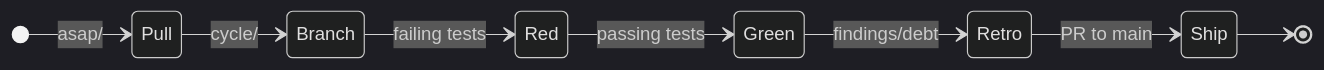
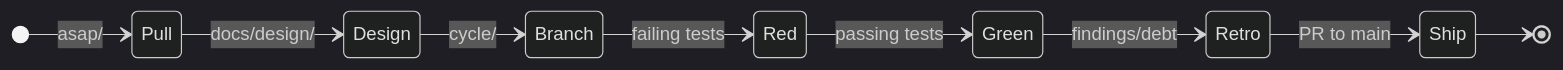
The diagram in METHOD.md (flyingrobots/graft), drawn with Mermaid (dark theme) before and after one commit. The commit also changed other lines of this file and 1 other file, not shown here.

Commit message:
docs: require design packets before implementation

````diff
--- a/METHOD.md
+++ b/METHOD.md
@@ -37,11 +39,12 @@
 ```mermaid
 stateDiagram-v2
     direction LR
     [*] --> Pull: asap/
-    Pull --> Branch: cycle/
+    Pull --> Design: docs/design/
+    Design --> Branch: cycle/
     Branch --> Red: failing tests
     Red --> Green: passing tests
     Green --> Retro: findings/debt
     Retro --> Ship: PR to main
     Ship --> [*]
 ```
````
